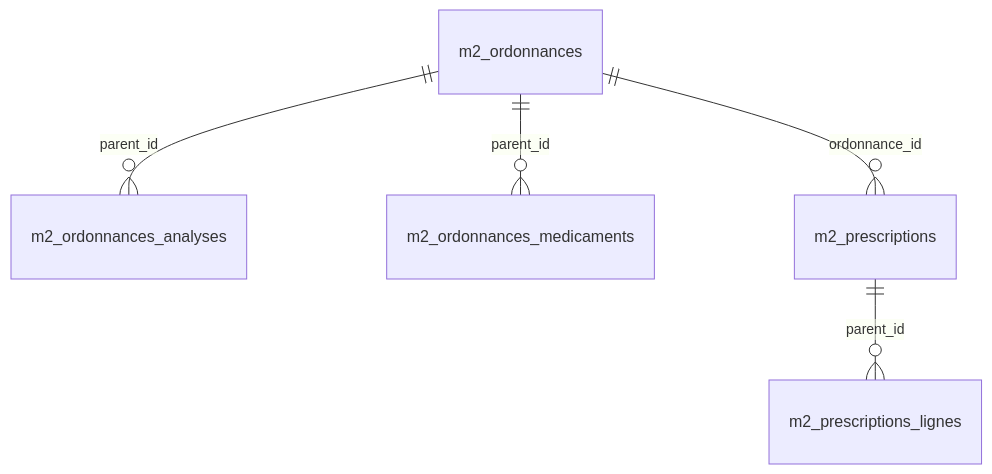
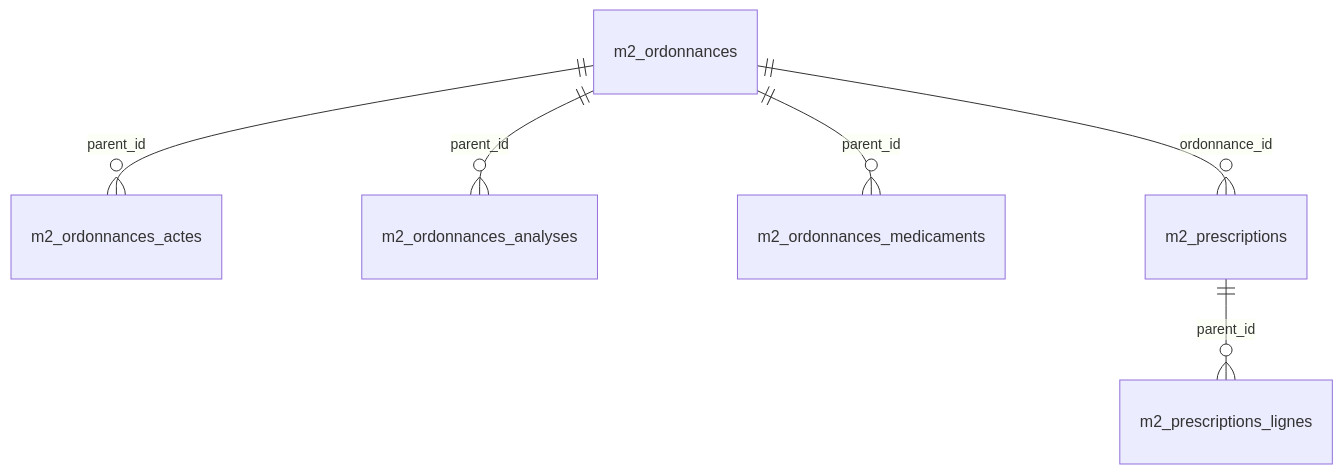
Before and after one commit to massenon/sighcnt: the fifth of 15 diagrams in docs/architecture/ERD.md, drawn with Mermaid. The commit also changed other lines of this file and 10 other files, not shown here.

First line of the commit message:
chore(referentiels): régénération complète depuis la maquette (droits, manifeste, parité, cartographie, ERD, copies du poste, icônes)

````diff
--- a/docs/architecture/ERD.md
+++ b/docs/architecture/ERD.md
@@ -97,7 +111,8 @@
 ```mermaid
 erDiagram
+  m2_ordonnances ||--o{ m2_ordonnances_actes : "parent_id"
   m2_ordonnances ||--o{ m2_ordonnances_analyses : "parent_id"
   m2_ordonnances ||--o{ m2_ordonnances_medicaments : "parent_id"
   m2_prescriptions ||--o{ m2_prescriptions_lignes : "parent_id"
   m2_ordonnances ||--o{ m2_prescriptions : "ordonnance_id"
 ```
````
